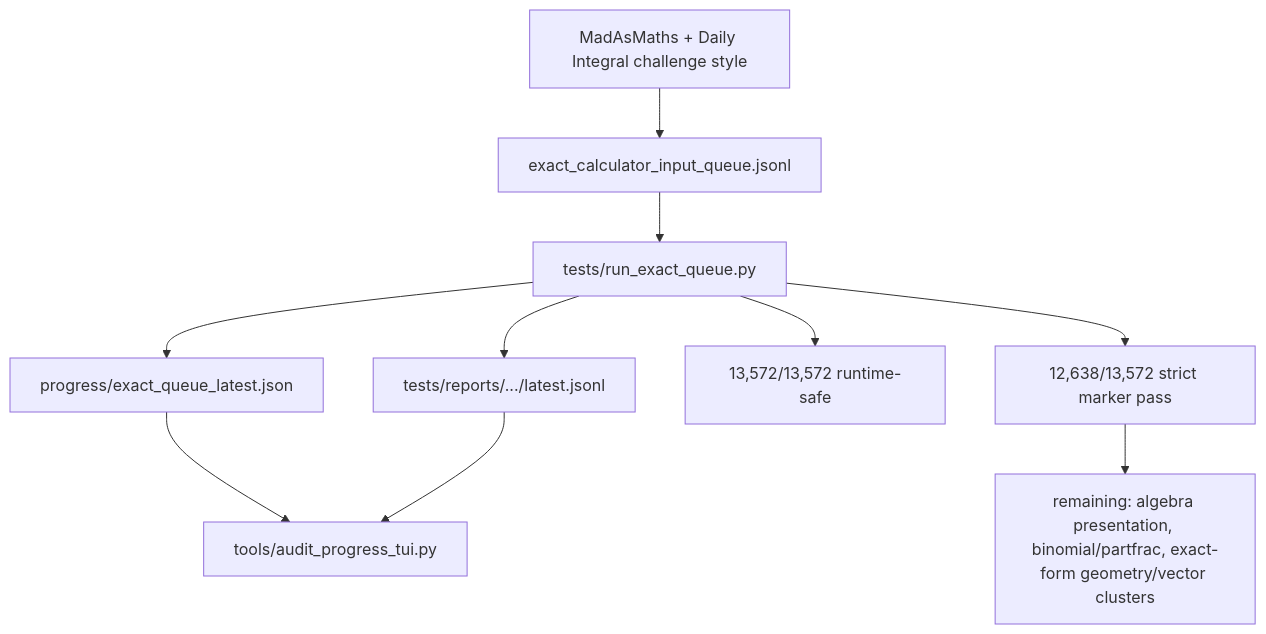
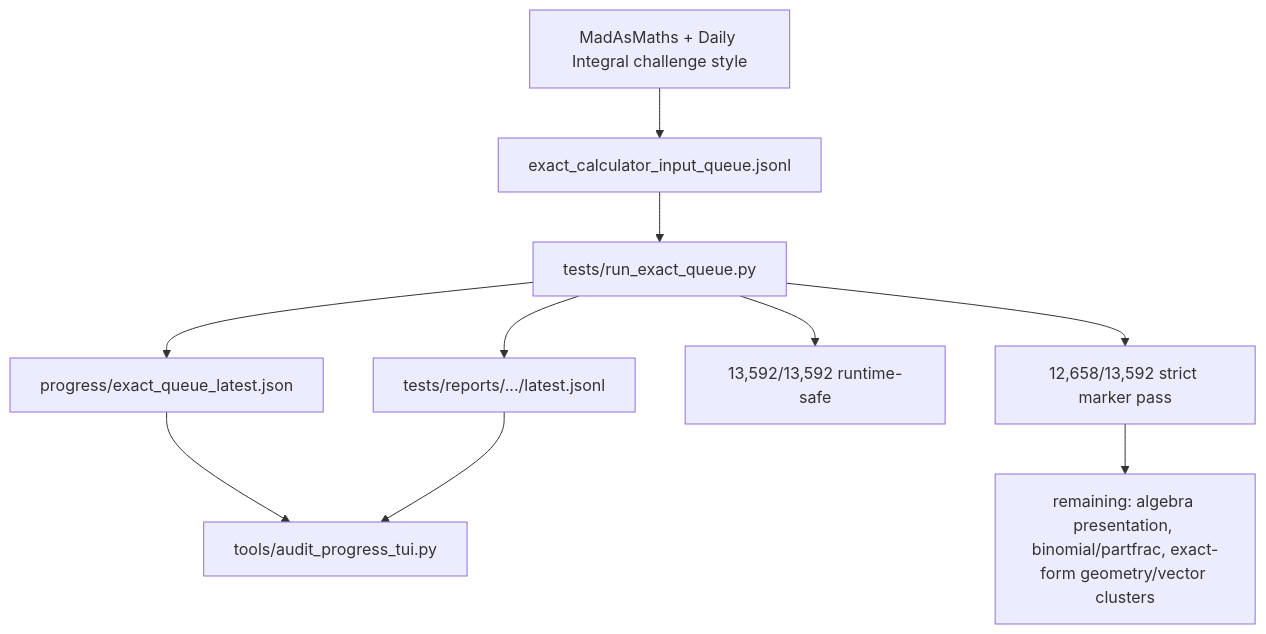
One commit to james8464/notes-addin-casio-fx-cg50 changed the fifth of 5 diagrams in docs/GRAPH.md. Above: the diagram before and after it, drawn with Mermaid. The commit also changed other lines of this file and 4 other files, not shown here.

````diff
--- a/docs/GRAPH.md
+++ b/docs/GRAPH.md
@@ -57,12 +57,12 @@
 ```mermaid
 graph TD
   Online["MadAsMaths + Daily Integral challenge style"] --> Queue["exact_calculator_input_queue.jsonl"]
   Queue --> Runner["tests/run_exact_queue.py"]
   Runner --> Live["progress/exact_queue_latest.json"]
   Runner --> Report["tests/reports/.../latest.jsonl"]
   Live --> TUI["tools/audit_progress_tui.py"]
   Report --> TUI
-  Runner --> Runtime["13,572/13,572 runtime-safe"]
-  Runner --> Strict["12,638/13,572 strict marker pass"]
+  Runner --> Runtime["13,592/13,592 runtime-safe"]
+  Runner --> Strict["12,658/13,592 strict marker pass"]
   Strict --> Remaining["remaining: algebra presentation, binomial/partfrac, exact-form geometry/vector clusters"]
 ```
````
